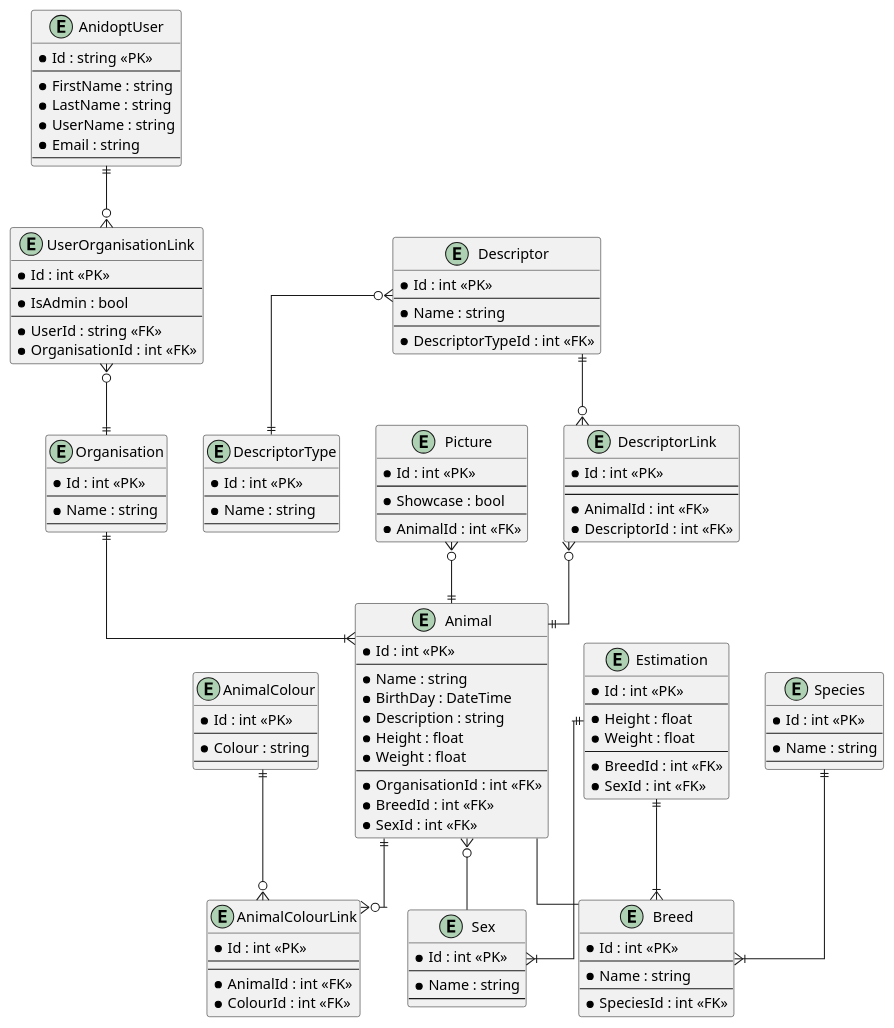
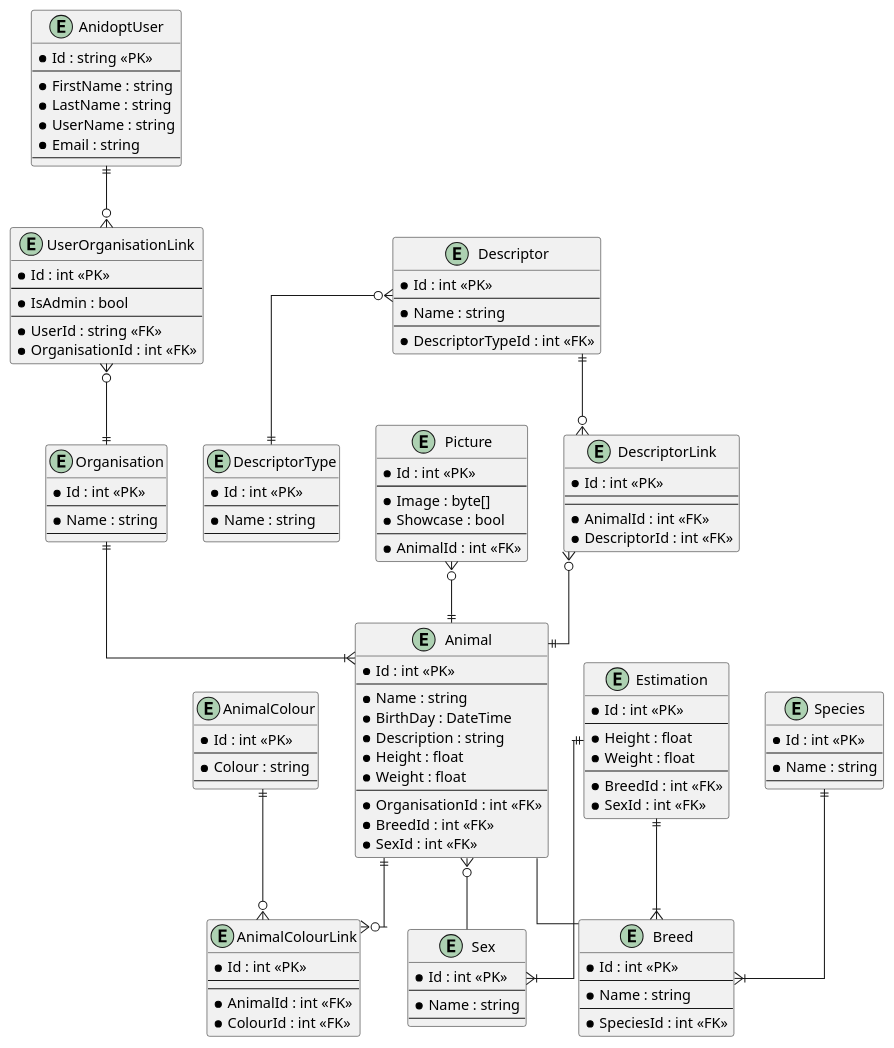
Before and after one commit to aidan-bailey/Anidopt: the diagram in Diagrams/db.plantuml, drawn with PlantUML.

```diff
--- a/Diagrams/db.plantuml
+++ b/Diagrams/db.plantuml
@@ -1,123 +1,124 @@
 @startuml
 skinparam linetype ortho
 
 entity AnidoptUser {
     *Id : string <<PK>>
     --
     *FirstName : string
     *LastName : string
     *UserName : string
     *Email : string
     --
 }
 entity Animal {
     *Id : int <<PK>>
     --
     *Name : string
     *BirthDay : DateTime
     *Description : string
     *Height : float
     *Weight : float
     --
     *OrganisationId : int <<FK>>
     *BreedId : int <<FK>>
     *SexId : int <<FK>>
 }
 entity AnimalColour {
     *Id : int <<PK>>
     --
     *Colour : string
     --
 }
 entity AnimalColourLink {
     *Id : int <<PK>>
     --
     --
     *AnimalId : int <<FK>>
     *ColourId : int <<FK>>
 }
 entity Breed {
     *Id : int <<PK>>
     --
     *Name : string
     --
     *SpeciesId : int <<FK>>
 }
 entity Descriptor {
     *Id : int <<PK>>
     --
     *Name : string
     --
     *DescriptorTypeId : int <<FK>>
 }
 entity DescriptorLink {
     *Id : int <<PK>>
     --
     --
     *AnimalId : int <<FK>>
     *DescriptorId : int <<FK>>
 }
 entity DescriptorType {
     *Id : int <<PK>>
     --
     *Name : string
     --
 }
 entity Estimation {
     *Id : int <<PK>>
     --
     *Height : float
     *Weight : float
     --
     *BreedId : int <<FK>>
     *SexId : int <<FK>>
 }
 entity Organisation {
     *Id : int <<PK>>
     --
     *Name : string
     --
 }
 entity Picture {
     *Id : int <<PK>>
     --
+    *Image : byte[]
     *Showcase : bool
     --
     *AnimalId : int <<FK>>
 }
 entity Sex {
     *Id : int <<PK>>
     --
     *Name : string
     --
 }
 entity Species {
     *Id : int <<PK>>
     --
     *Name : string
     --
 }
 entity UserOrganisationLink {
     *Id : int <<PK>>
     --
     *IsAdmin : bool
     --
     *UserId : string <<FK>>
     *OrganisationId : int <<FK>>
 }
 
 AnidoptUser ||--o{ UserOrganisationLink
 UserOrganisationLink }o--|| Organisation
 Animal -- Breed
 Animal }o-- Sex
 Species ||--|{ Breed
 Organisation ||--|{ Animal
 AnimalColour ||--o{ AnimalColourLink
 Animal ||--o{ AnimalColourLink
 Picture }o--|| Animal
 Descriptor ||--o{ DescriptorLink
 Descriptor }o--|| DescriptorType
 DescriptorLink }o--|| Animal
 Estimation ||--|{ Sex
 Estimation ||--|{ Breed
 @enduml
```
